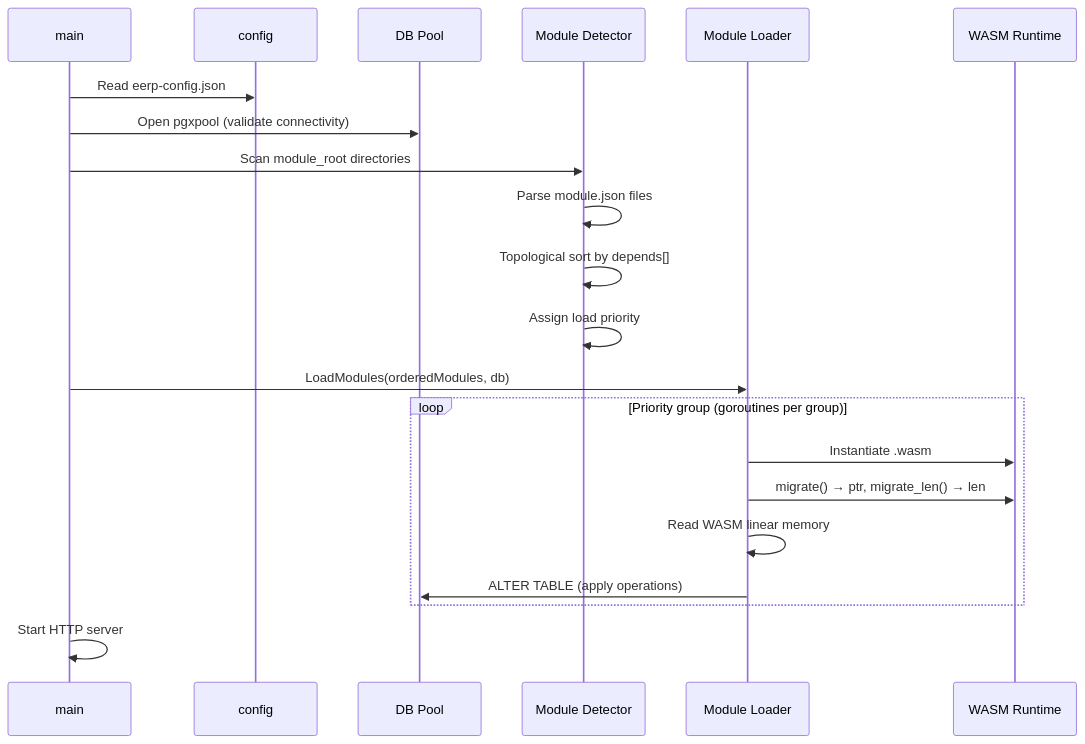
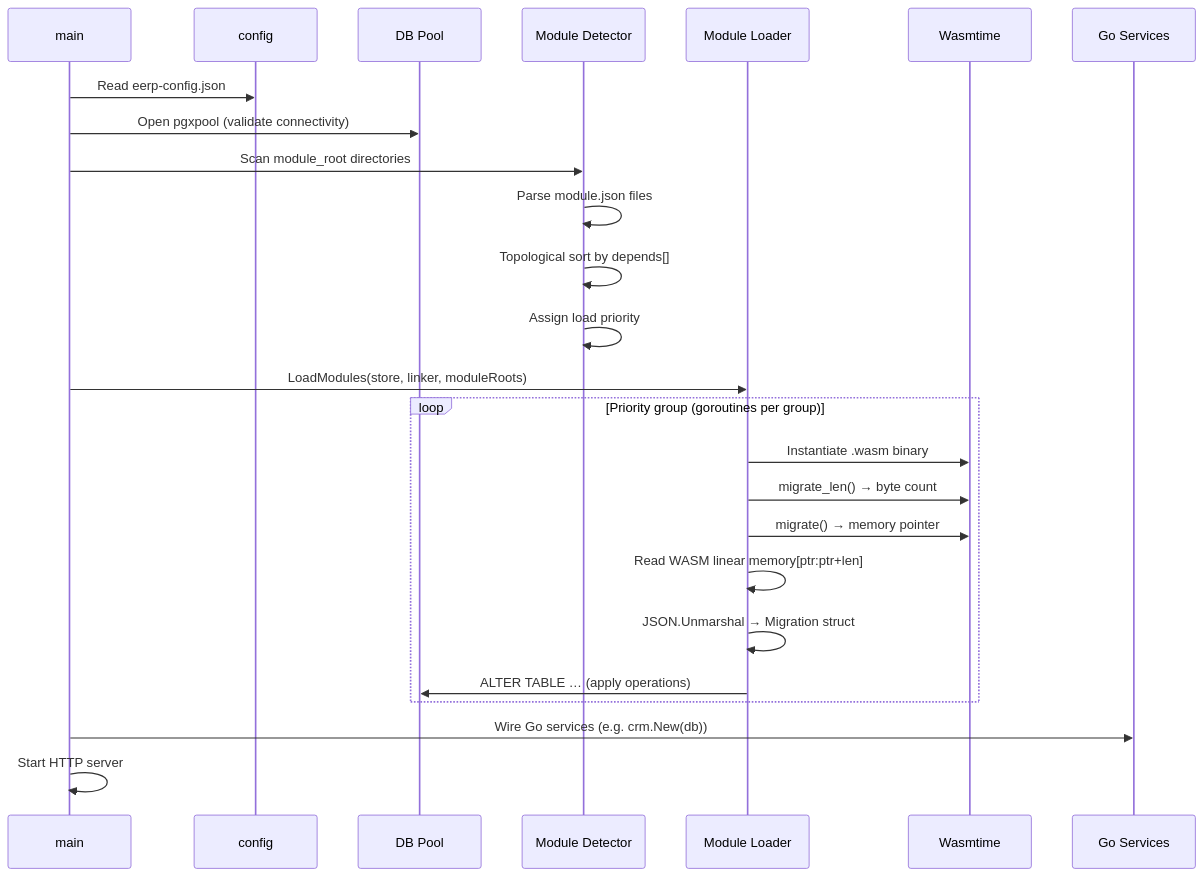
Before and after one commit to noiia/EERP-Documentation-Wiki: the third of 6 diagrams in docs/architecture/index.md, drawn with Mermaid. The commit also changed other lines of this file and 38 other files, not shown here.

````diff
--- a/docs/architecture/index.md
+++ b/docs/architecture/index.md
@@ -136,24 +172,28 @@
 ```mermaid
 sequenceDiagram
     participant main
     participant config
     participant pool as DB Pool
     participant detector as Module Detector
     participant loader as Module Loader
-    participant wasm as WASM Runtime
+    participant wasm as Wasmtime
+    participant svc as Go Services
 
     main->>config: Read eerp-config.json
     main->>pool: Open pgxpool (validate connectivity)
     main->>detector: Scan module_root directories
     detector->>detector: Parse module.json files
     detector->>detector: Topological sort by depends[]
     detector->>detector: Assign load priority
-    main->>loader: LoadModules(orderedModules, db)
+    main->>loader: LoadModules(store, linker, moduleRoots)
     loop Priority group (goroutines per group)
-        loader->>wasm: Instantiate .wasm
-        loader->>wasm: migrate() → ptr, migrate_len() → len
-        loader->>loader: Read WASM linear memory
-        loader->>pool: ALTER TABLE (apply operations)
+        loader->>wasm: Instantiate .wasm binary
+        loader->>wasm: migrate_len() → byte count
+        loader->>wasm: migrate() → memory pointer
+        loader->>loader: Read WASM linear memory[ptr:ptr+len]
+        loader->>loader: JSON.Unmarshal → Migration struct
+        loader->>pool: ALTER TABLE … (apply operations)
     end
+    main->>svc: Wire Go services (e.g. crm.New(db))
     main->>main: Start HTTP server
 ```
````
